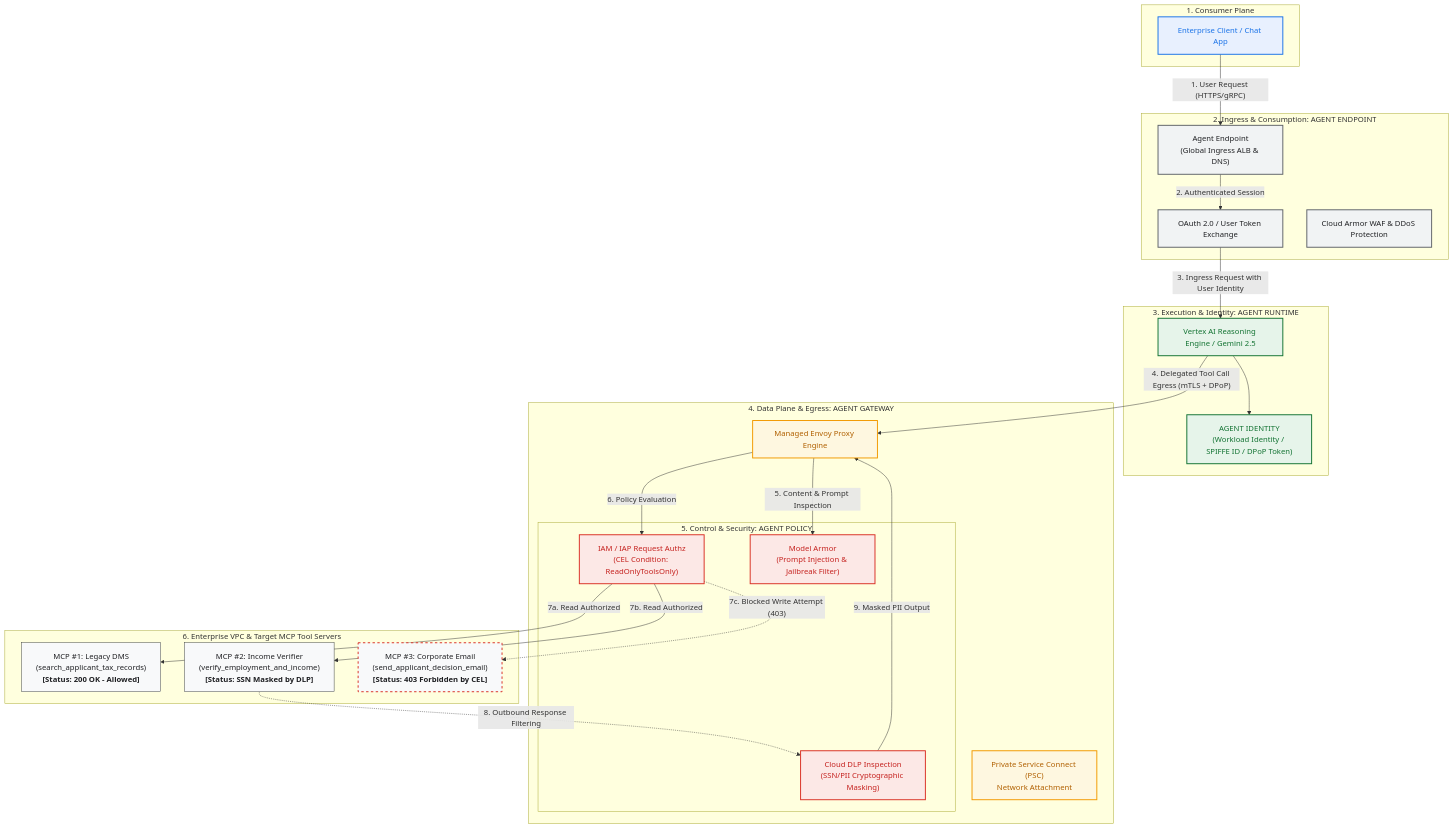
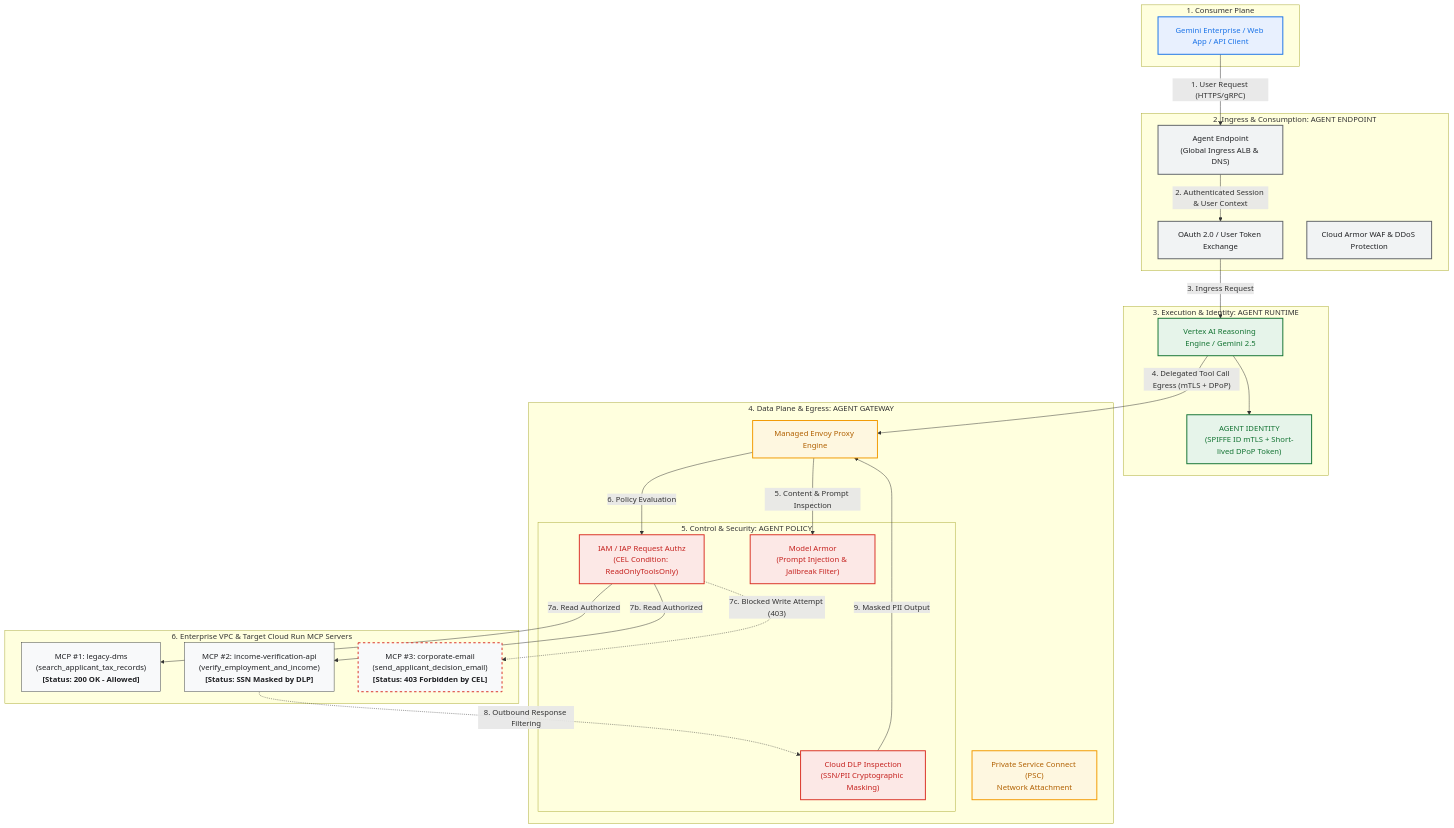
The first of 2 diagrams in README.md (ddiger/gemini-enterprise-agent-engine), drawn with Mermaid before and after one commit. The commit also changed other lines of this file and 122 other files, not shown here.

````diff
--- a/README.md
+++ b/README.md
@@ -16,58 +15,58 @@
 ```mermaid
 flowchart TD
     classDef client fill:#E8F0FE,stroke:#1A73E8,stroke-width:2px,color:#1A73E8;
     classDef ingress fill:#F1F3F4,stroke:#5F6368,stroke-width:2px,color:#202124;
     classDef runtime fill:#E6F4EA,stroke:#137333,stroke-width:2px,color:#137333;
     classDef gateway fill:#FEF7E0,stroke:#F29900,stroke-width:2px,color:#B06000;
     classDef policy fill:#FCE8E6,stroke:#D93025,stroke-width:2px,color:#C5221F;
     classDef backend fill:#F8F9FA,stroke:#3C4043,stroke-width:1px,color:#202124;
 
     subgraph CLIENT_LAYER["1. Consumer Plane"]
-        Client["Enterprise Client / Chat App"]:::client
+        Client["Gemini Enterprise / Web App / API Client"]:::client
     end
 
     subgraph INGRESS_LAYER["2. Ingress & Consumption: AGENT ENDPOINT"]
         Endpoint["Agent Endpoint<br/>(Global Ingress ALB & DNS)"]:::ingress
         OAuth["OAuth 2.0 / User Token Exchange"]:::ingress
         CloudArmor["Cloud Armor WAF & DDoS Protection"]:::ingress
     end
 
     subgraph RUNTIME_LAYER["3. Execution & Identity: AGENT RUNTIME"]
         Runtime["Vertex AI Reasoning Engine / Gemini 2.5"]:::runtime
-        Identity["AGENT IDENTITY<br/>(Workload Identity / SPIFFE ID / DPoP Token)"]:::runtime
+        Identity["AGENT IDENTITY<br/>(SPIFFE ID mTLS + Short-lived DPoP Token)"]:::runtime
     end
 
     subgraph GATEWAY_LAYER["4. Data Plane & Egress: AGENT GATEWAY"]
         Envoy["Managed Envoy Proxy Engine"]:::gateway
         PSC["Private Service Connect (PSC)<br/>Network Attachment"]:::gateway
         
         subgraph POLICY_LAYER["5. Control & Security: AGENT POLICY"]
             CEL["IAM / IAP Request Authz<br/>(CEL Condition: ReadOnlyToolsOnly)"]:::policy
             ModelArmor["Model Armor<br/>(Prompt Injection & Jailbreak Filter)"]:::policy
             DLP["Cloud DLP Inspection<br/>(SSN/PII Cryptographic Masking)"]:::policy
         end
     end
 
-    subgraph BACKEND_LAYER["6. Enterprise VPC & Target MCP Tool Servers"]
-        DMS["MCP #1: Legacy DMS<br/>(search_applicant_tax_records)<br/><b>[Status: 200 OK - Allowed]</b>"]:::backend
-        Payroll["MCP #2: Income Verifier<br/>(verify_employment_and_income)<br/><b>[Status: SSN Masked by DLP]</b>"]:::backend
-        Email["MCP #3: Corporate Email<br/>(send_applicant_decision_email)<br/><b>[Status: 403 Forbidden by CEL]</b>"]:::backend
+    subgraph BACKEND_LAYER["6. Enterprise VPC & Target Cloud Run MCP Servers"]
+        DMS["MCP #1: legacy-dms<br/>(search_applicant_tax_records)<br/><b>[Status: 200 OK - Allowed]</b>"]:::backend
+        Payroll["MCP #2: income-verification-api<br/>(verify_employment_and_income)<br/><b>[Status: SSN Masked by DLP]</b>"]:::backend
+        Email["MCP #3: corporate-email<br/>(send_applicant_decision_email)<br/><b>[Status: 403 Forbidden by CEL]</b>"]:::backend
     end
 
     Client -->|"1. User Request (HTTPS/gRPC)"| Endpoint
-    Endpoint -->|"2. Authenticated Session"| OAuth
-    OAuth -->|"3. Ingress Request with User Identity"| Runtime
+    Endpoint -->|"2. Authenticated Session & User Context"| OAuth
+    OAuth -->|"3. Ingress Request"| Runtime
     Runtime --> Identity
     Runtime -->|"4. Delegated Tool Call Egress (mTLS + DPoP)"| Envoy
 
     Envoy -->|"5. Content & Prompt Inspection"| ModelArmor
     Envoy -->|"6. Policy Evaluation"| CEL
     
     CEL -->|"7a. Read Authorized"| DMS
     CEL -->|"7b. Read Authorized"| Payroll
     Payroll -.->|"8. Outbound Response Filtering"| DLP
     DLP -->|"9. Masked PII Output"| Envoy
     
     CEL -.->|"7c. Blocked Write Attempt (403)"| Email
     style Email stroke:#D93025,stroke-width:2px,stroke-dasharray: 5 5;
 ```
````
